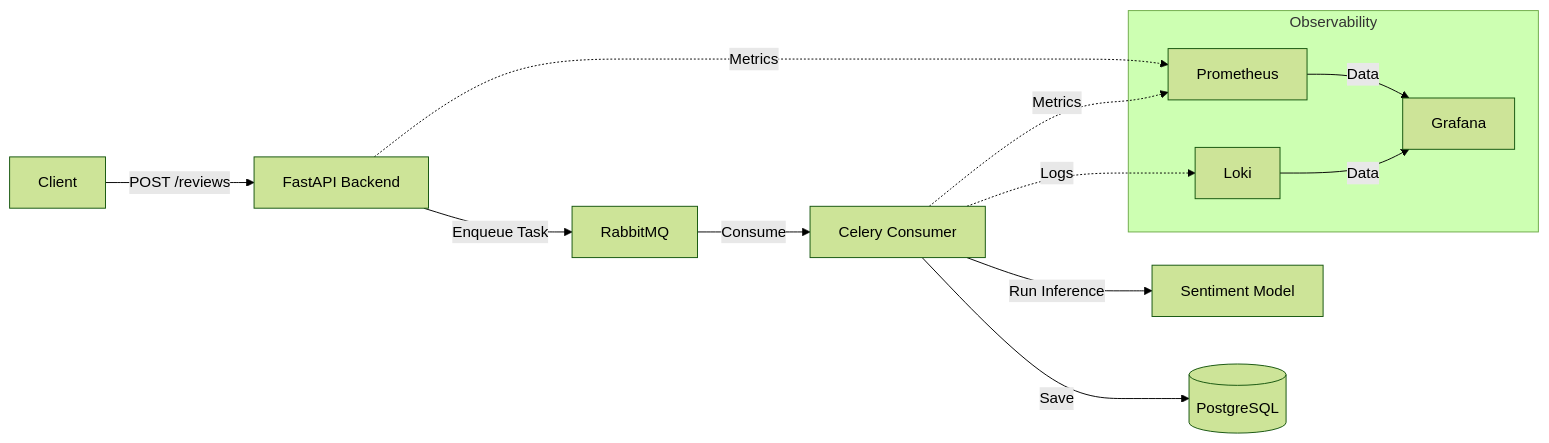
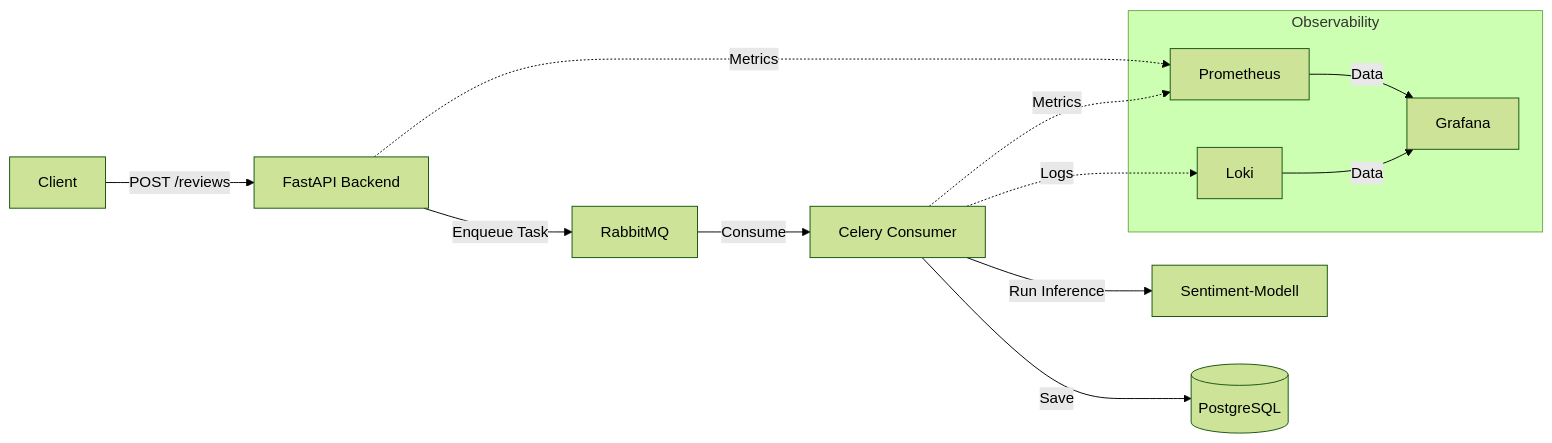
Before and after one commit to pmarangone/sentiment-analysis: the diagram in README.md, drawn with Mermaid (forest theme). The commit also changed other lines of this file, not shown here.

````diff
--- a/README.md
+++ b/README.md
@@ -20,19 +20,19 @@
 ```mermaid
 graph LR
     User[Client] -->|POST /reviews| API[FastAPI Backend]
     API -->|Enqueue Task| MQ[RabbitMQ]
     MQ -->|Consume| Consumer[Celery Consumer]
-    Consumer -->|Run Inference| ML[Sentiment Model]
+    Consumer -->|Run Inference| ML[Sentiment-Modell]
     Consumer -->|Save| DB[(PostgreSQL)]
     
     subgraph Observability
         Prometheus
         Loki
         Grafana
     end
     
     API -.->|Metrics| Prometheus
     Consumer -.->|Metrics| Prometheus
     Consumer -.->|Logs| Loki
     Prometheus & Loki -->|Data| Grafana
 ```
````
